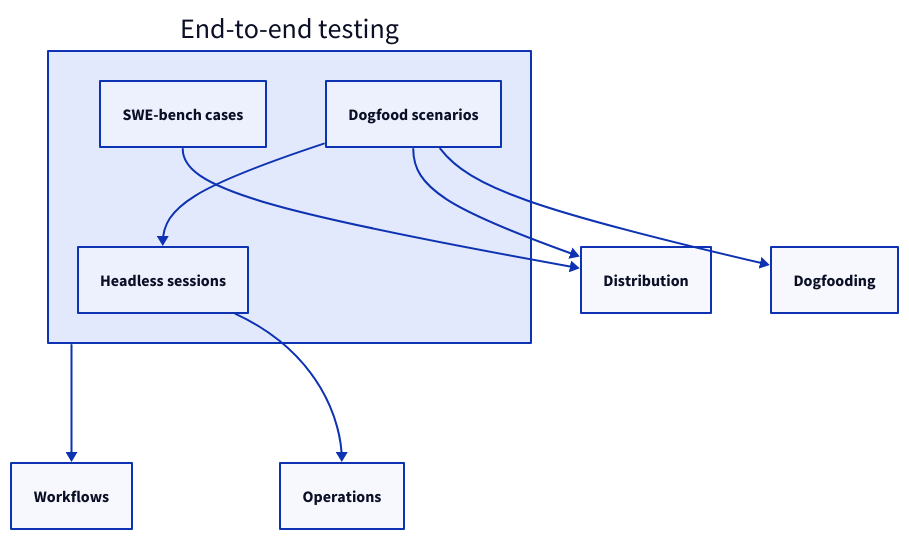
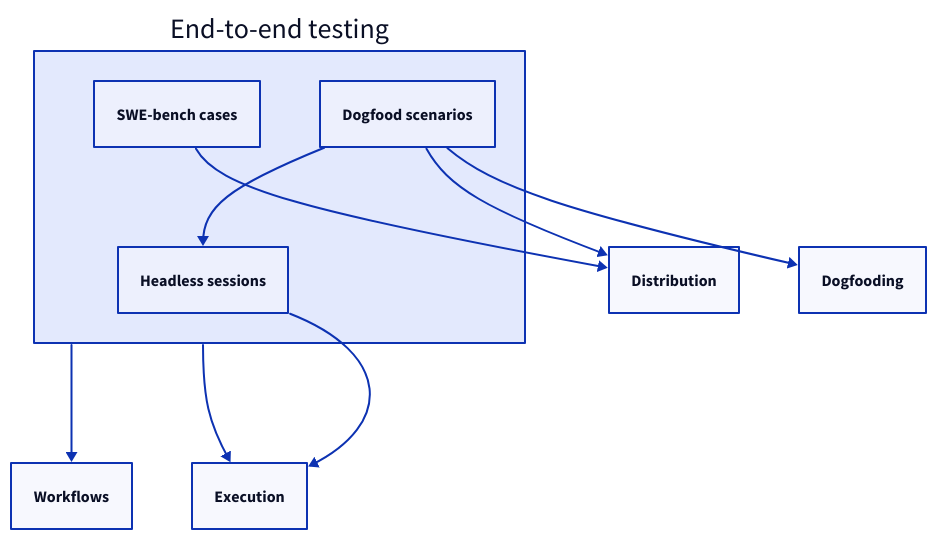
One commit to FTOD/concorde changed the diagram in specs/concorde/e2e/module.md. Above: the diagram before and after it, drawn with D2. The commit also changed other lines of this file and 339 other files, not shown here.

````diff
--- a/specs/concorde/e2e/module.md
+++ b/specs/concorde/e2e/module.md
@@ -128,17 +136,18 @@
 ```d2
 e2e: End-to-end testing {
   sessions: Headless sessions
   cases: SWE-bench cases
   dogfood: Dogfood scenarios
   dogfood -> sessions
 }
-operations: Operations
+execution: Execution
 distribution: Distribution
 dogfooding: Dogfooding
 workflows: Workflows
 e2e -> workflows
-e2e.sessions -> operations
+e2e -> execution
+e2e.sessions -> execution
 e2e.cases -> distribution
 e2e.dogfood -> distribution
 e2e.dogfood -> dogfooding
 ```
````
